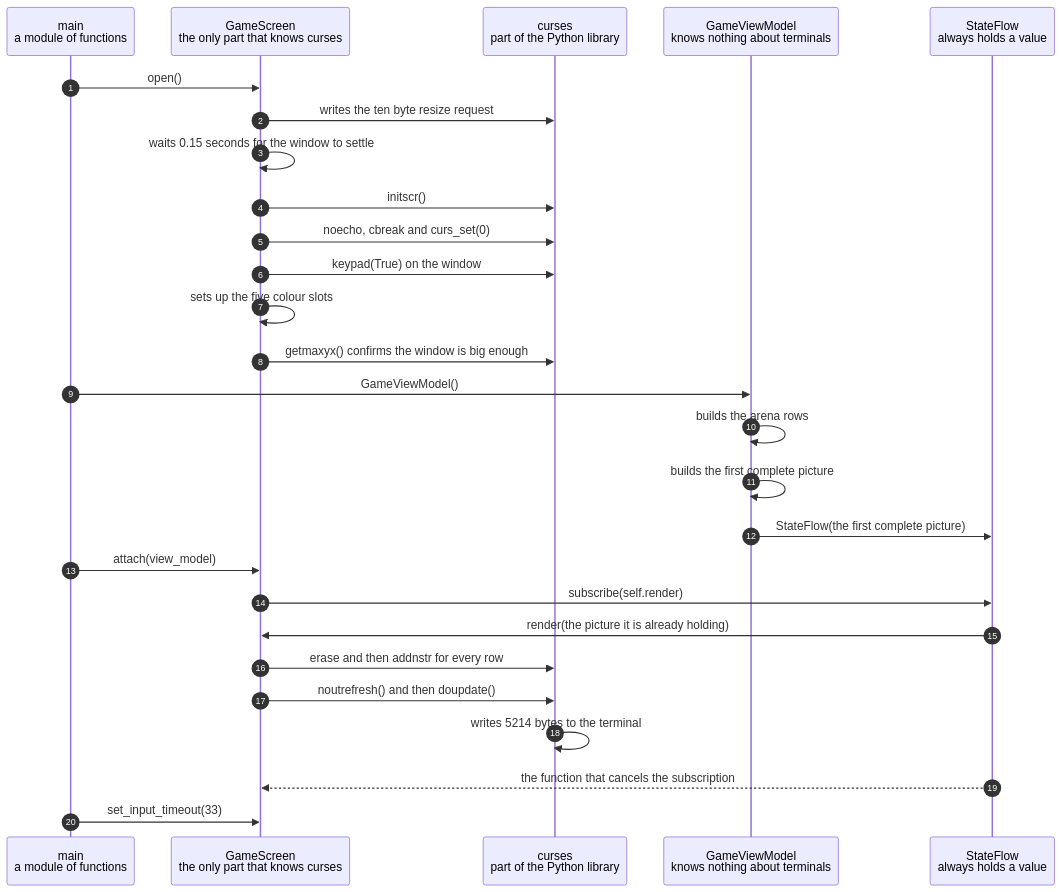
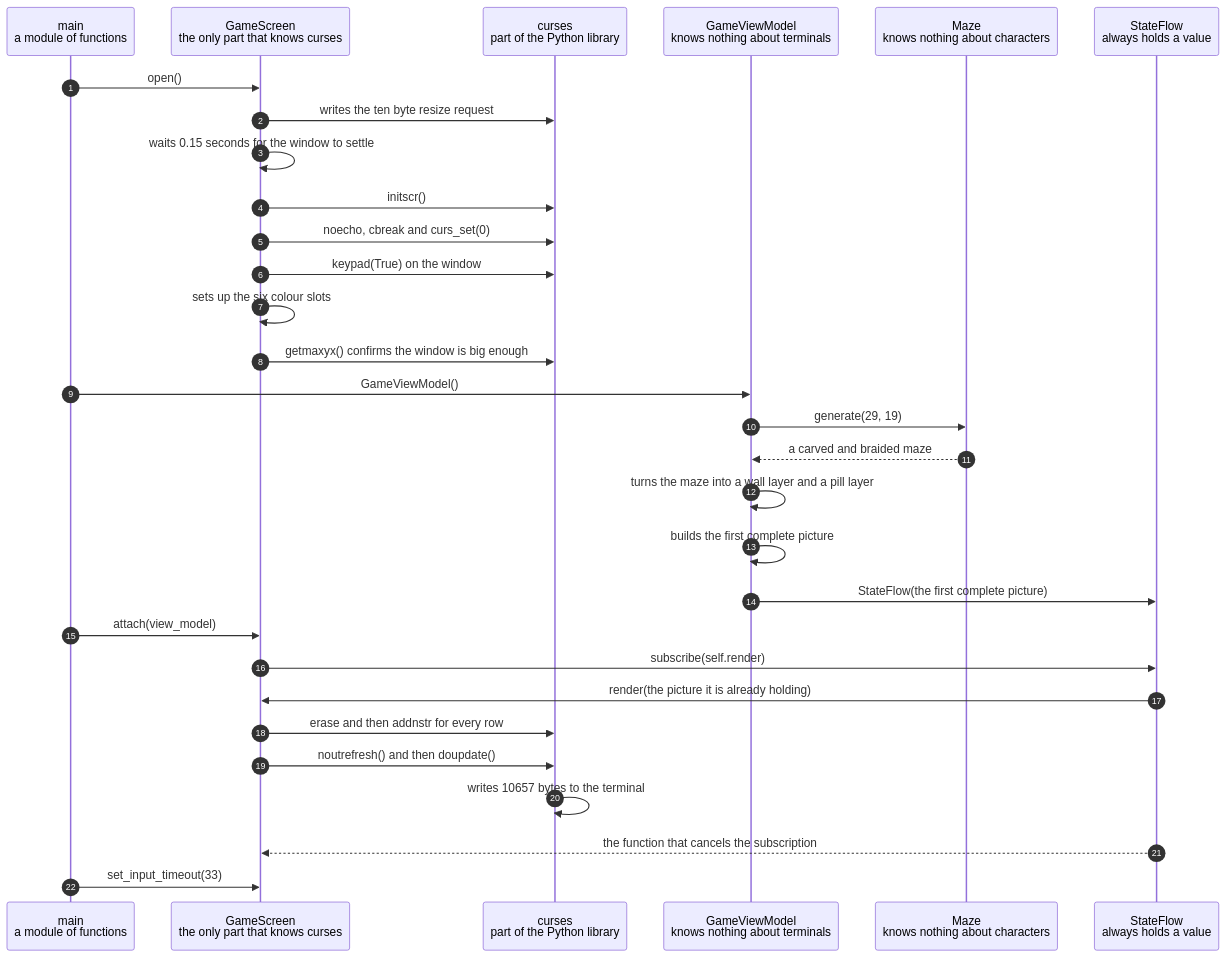
The diagram in docs/the-first-frame-is-painted-when-the-screen-subscribes-to-the-view-model.md (replicant1/TerminalGame), drawn with Mermaid before and after one commit. The commit also changed other lines of this file and 10 other files, not shown here.

````diff
--- a/docs/the-first-frame-is-painted-when-the-screen-subscribes-to-the-view-model.md
+++ b/docs/the-first-frame-is-painted-when-the-screen-subscribes-to-the-view-model.md
@@ -42,30 +42,33 @@
 ```mermaid
 sequenceDiagram
     autonumber
     participant Main as main<br/>a module of functions
     participant Screen as GameScreen<br/>the only part that knows curses
     participant Curses as curses<br/>part of the Python library
     participant ViewModel as GameViewModel<br/>knows nothing about terminals
+    participant Maze as Maze<br/>knows nothing about characters
     participant Flow as StateFlow<br/>always holds a value
 
     Main->>Screen: open()
     Screen->>Curses: writes the ten byte resize request
     Screen->>Screen: waits 0.15 seconds for the window to settle
     Screen->>Curses: initscr()
     Screen->>Curses: noecho, cbreak and curs_set(0)
     Screen->>Curses: keypad(True) on the window
-    Screen->>Screen: sets up the five colour slots
+    Screen->>Screen: sets up the six colour slots
     Screen->>Curses: getmaxyx() confirms the window is big enough
     Main->>ViewModel: GameViewModel()
-    ViewModel->>ViewModel: builds the arena rows
+    ViewModel->>Maze: generate(29, 19)
+    Maze-->>ViewModel: a carved and braided maze
+    ViewModel->>ViewModel: turns the maze into a wall layer and a pill layer
     ViewModel->>ViewModel: builds the first complete picture
     ViewModel->>Flow: StateFlow(the first complete picture)
     Main->>Screen: attach(view_model)
     Screen->>Flow: subscribe(self.render)
     Flow->>Screen: render(the picture it is already holding)
     Screen->>Curses: erase and then addnstr for every row
     Screen->>Curses: noutrefresh() and then doupdate()
-    Curses->>Curses: writes 5214 bytes to the terminal
+    Curses->>Curses: writes 10657 bytes to the terminal
     Flow-->>Screen: the function that cancels the subscription
     Main->>Screen: set_input_timeout(33)
 ```
````
